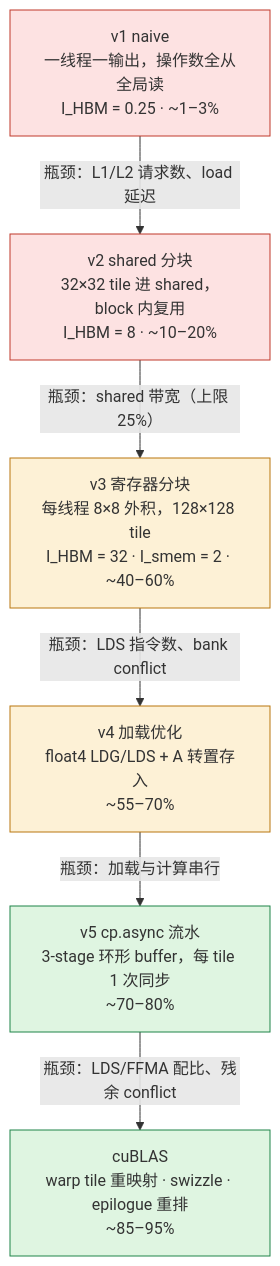
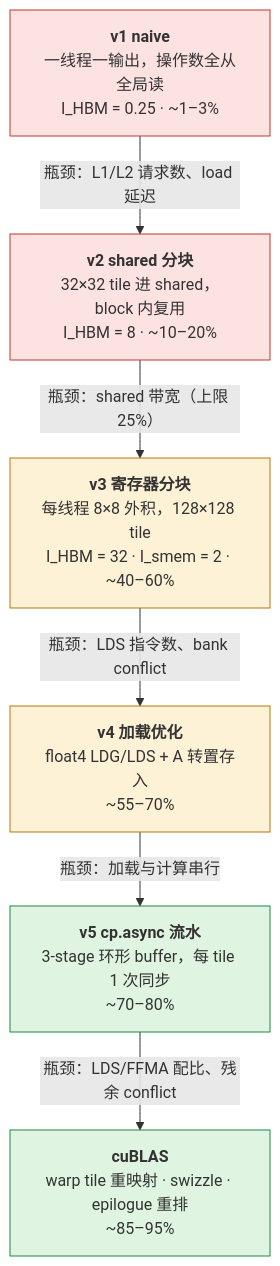
The first of 2 diagrams in _posts/2026-05-15-gemm-from-naive-to-tiled.md (arganzheng/arganzheng.github.com), drawn with Mermaid before and after one commit. The commit also changed other lines of this file and 10 other files, not shown here.

First line of the commit message:
GPU Kernel 工程：从 CUDA 执行模型到 FlashAttention：Mermaid 多行方框的首行标为标题（11 篇）

````diff
--- a/_posts/2026-05-15-gemm-from-naive-to-tiled.md
+++ b/_posts/2026-05-15-gemm-from-naive-to-tiled.md
@@ -27,23 +27,23 @@
 ```mermaid
 %% 图：GEMM 六个版本的瓶颈迁移：从 naive 到 cp.async 流水，每解决一层瓶颈下一层浮出来
 flowchart TB
-    v1["v1 naive<br/>一线程一输出，操作数全从全局读<br/>I_HBM = 0.25 · ~1–3%"]
-    v2["v2 shared 分块<br/>32×32 tile 进 shared，block 内复用<br/>I_HBM = 8 · ~10–20%"]
-    v3["v3 寄存器分块<br/>每线程 8×8 外积，128×128 tile<br/>I_HBM = 32 · I_smem = 2 · ~40–60%"]
-    v4["v4 加载优化<br/>float4 LDG/LDS + A 转置存入<br/>~55–70%"]
-    v5["v5 cp.async 流水<br/>3-stage 环形 buffer，每 tile 1 次同步<br/>~70–80%"]
-    cublas["cuBLAS<br/>warp tile 重映射 · swizzle · epilogue 重排<br/>~85–95%"]
+    v1["<b>v1 naive</b><br/>一线程一输出，操作数全从全局读<br/>I_HBM = 0.25 · ~1–3%"]
+    v2["<b>v2 shared 分块</b><br/>32×32 tile 进 shared，block 内复用<br/>I_HBM = 8 · ~10–20%"]
+    v3["<b>v3 寄存器分块</b><br/>每线程 8×8 外积，128×128 tile<br/>I_HBM = 32 · I_smem = 2 · ~40–60%"]
+    v4["<b>v4 加载优化</b><br/>float4 LDG/LDS + A 转置存入<br/>~55–70%"]
+    v5["<b>v5 cp.async 流水</b><br/>3-stage 环形 buffer，每 tile 1 次同步<br/>~70–80%"]
+    cublas["<b>cuBLAS</b><br/>warp tile 重映射 · swizzle · epilogue 重排<br/>~85–95%"]
 
     v1 -- "瓶颈：L1/L2 请求数、load 延迟" --> v2
     v2 -- "瓶颈：shared 带宽（上限 25%）" --> v3
     v3 -- "瓶颈：LDS 指令数、bank conflict" --> v4
     v4 -- "瓶颈：加载与计算串行" --> v5
     v5 -- "瓶颈：LDS/FFMA 配比、残余 conflict" --> cublas
 
     classDef mem fill:#fde2e2,stroke:#c0392b
     classDef smem fill:#fdf1d6,stroke:#b9770e
     classDef comp fill:#dff5e1,stroke:#1e8449
     class v1,v2 mem
     class v3,v4 smem
     class v5,cublas comp
 ```
````
